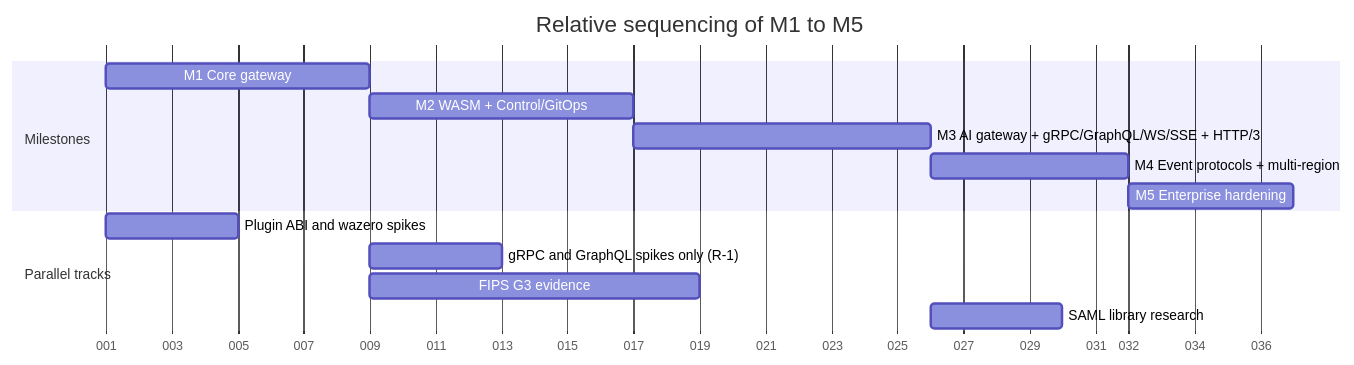
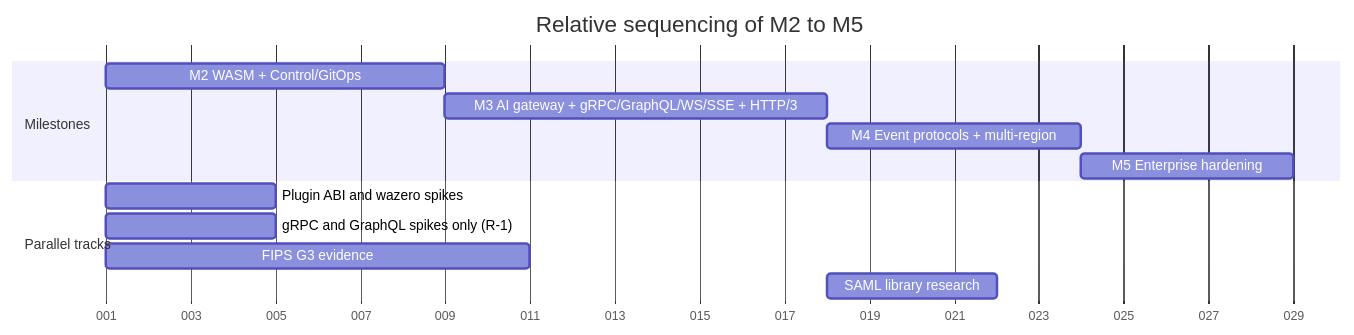
One commit to ravindu-rev/ruralz changed the diagram in docs/roadmap/01-roadmap-and-milestones.md. Above: the diagram before and after it, drawn with Mermaid. The commit also changed other lines of this file and 2 other files, not shown here.

````diff
--- a/docs/roadmap/01-roadmap-and-milestones.md
+++ b/docs/roadmap/01-roadmap-and-milestones.md
@@ -155,18 +127,17 @@
 ```mermaid
 gantt
-    title Relative sequencing of M1 to M5
+    title Relative sequencing of M2 to M5
     dateFormat X
     axisFormat %j
     todayMarker off
     section Milestones
-    M1 Core gateway                                 :m1, 0, 8d
-    M2 WASM + Control/GitOps                        :m2, after m1, 8d
+    M2 WASM + Control/GitOps                        :m2, 0, 8d
     M3 AI gateway + gRPC/GraphQL/WS/SSE + HTTP/3    :m3, after m2, 9d
     M4 Event protocols + multi-region               :m4, after m3, 6d
     M5 Enterprise hardening                         :m5, after m4, 5d
     section Parallel tracks
     Plugin ABI and wazero spikes                    :t1, 0, 4d
-    gRPC and GraphQL spikes only (R-1)              :t3, after m1, 4d
-    FIPS G3 evidence                                :t4, after m1, 10d
+    gRPC and GraphQL spikes only (R-1)              :t3, 0, 4d
+    FIPS G3 evidence                                :t4, 0, 10d
     SAML library research                           :t6, after m3, 4d
 ```
````
